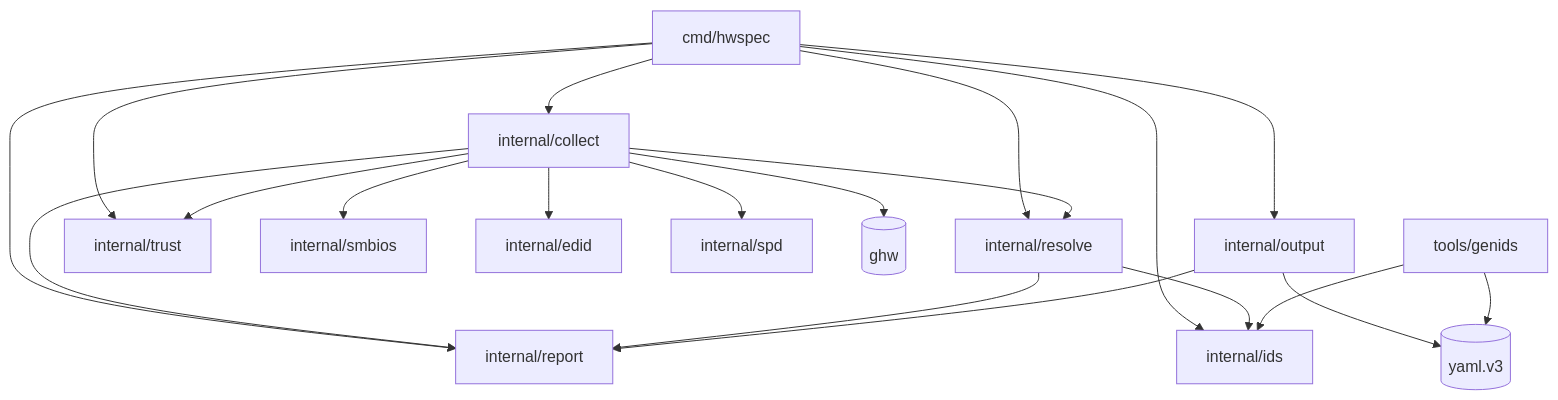
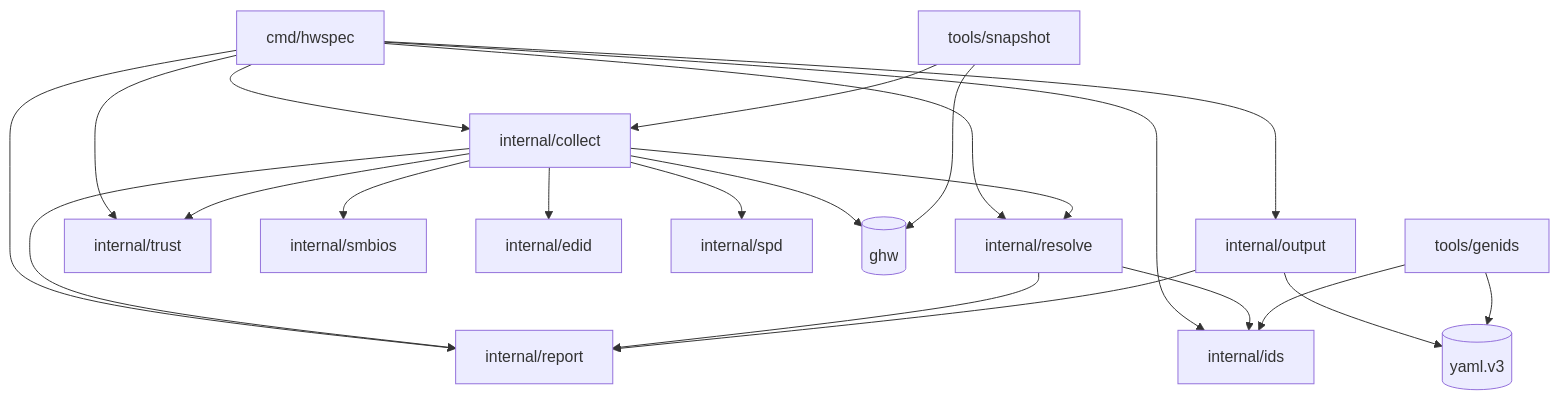
The second of 3 diagrams in ARCHITECTURE.md (jiegui2025/hwspec), drawn with Mermaid before and after one commit. The commit also changed other lines of this file and 1 other file, not shown here.

First line of the commit message:
docs: recorded and synthetic machines, the snapshot tool, host tests

````diff
--- a/ARCHITECTURE.md
+++ b/ARCHITECTURE.md
@@ -40,14 +40,15 @@
 ```mermaid
 flowchart TD
   cmd[cmd/hwspec] --> collect & resolve & output & ids & report & trust
   collect[internal/collect] --> report & resolve & smbios & edid & spd & trust & ghw[(ghw)]
   resolve[internal/resolve] --> ids & report
   output[internal/output] --> report & yaml[(yaml.v3)]
   genids[tools/genids] --> ids & yaml
+  snapshot[tools/snapshot] --> collect & ghw
   ids[internal/ids]
   report[internal/report]
   smbios[internal/smbios]
   edid[internal/edid]
   spd[internal/spd]
   trust[internal/trust]
 ```
````
